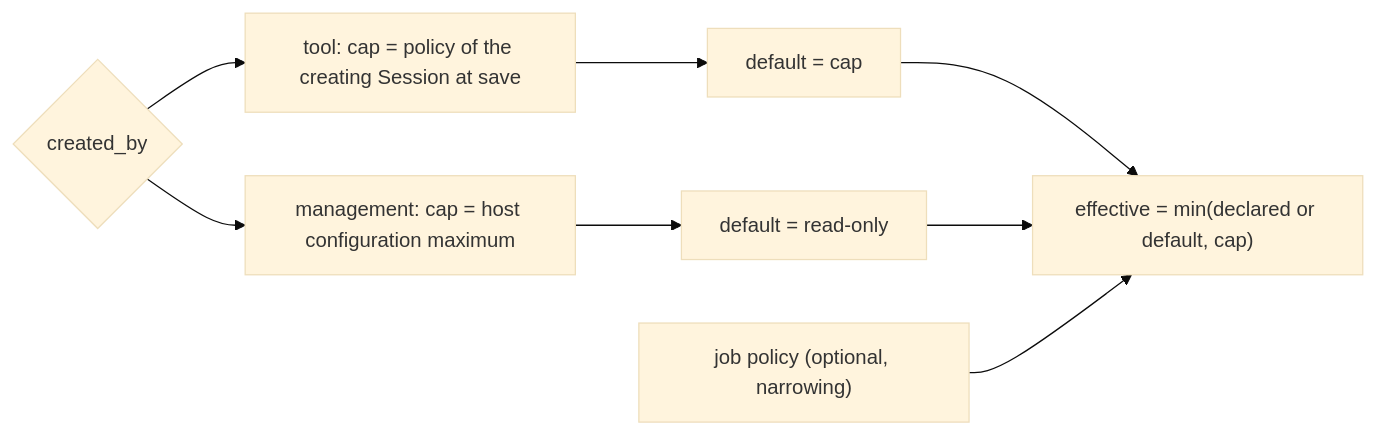
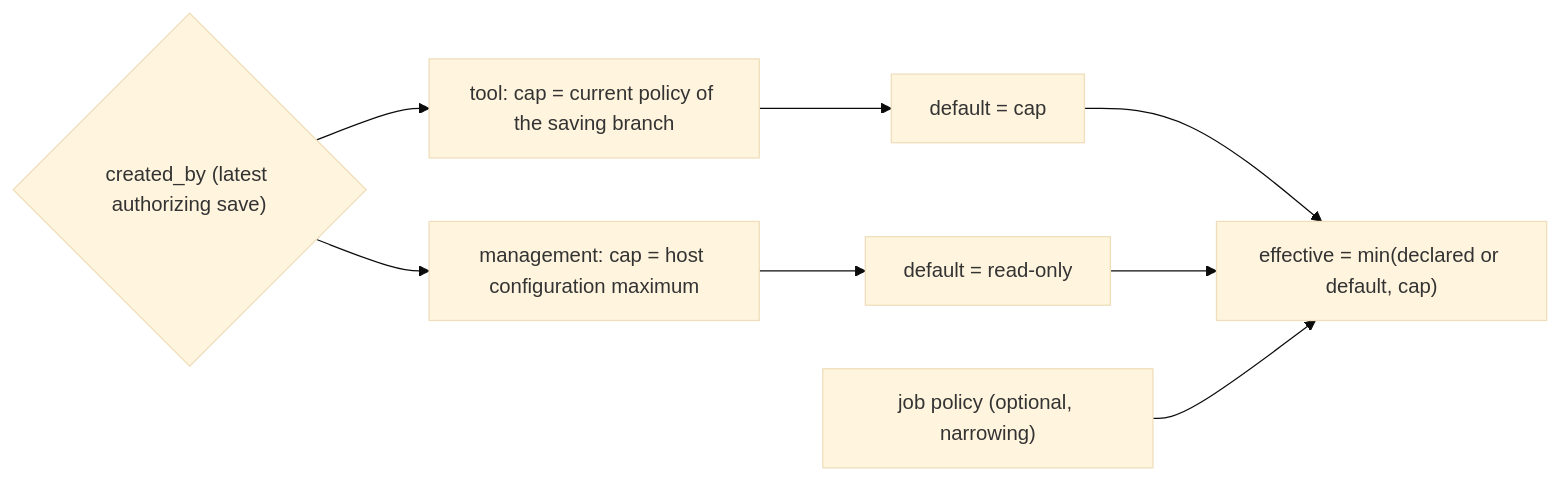
One commit to CoutinhoTTS/dim-agent changed the fifth of 6 diagrams in docs/design/plugins/Scheduler.md. Above: the diagram before and after it, drawn with Mermaid (base theme). The commit also changed other lines of this file and 1 other file, not shown here.

Commit message:
docs(scheduler): replace origin and cap on each authorizing save

````diff
--- a/docs/design/plugins/Scheduler.md
+++ b/docs/design/plugins/Scheduler.md
@@ -164,13 +164,13 @@
 ```mermaid
 flowchart LR
-  Created{"created_by"}
-  Tool["tool: cap = policy of the creating Session at save"]
+  Created{"created_by (latest authorizing save)"}
+  Tool["tool: cap = current policy of the saving branch"]
   User["management: cap = host configuration maximum"]
   Default1["default = cap"]
   Default2["default = read-only"]
   Declared["job policy (optional, narrowing)"]
   Eff["effective = min(declared or default, cap)"]
   Created --> Tool --> Default1 --> Eff
   Created --> User --> Default2 --> Eff
   Declared --> Eff
 ```
````
